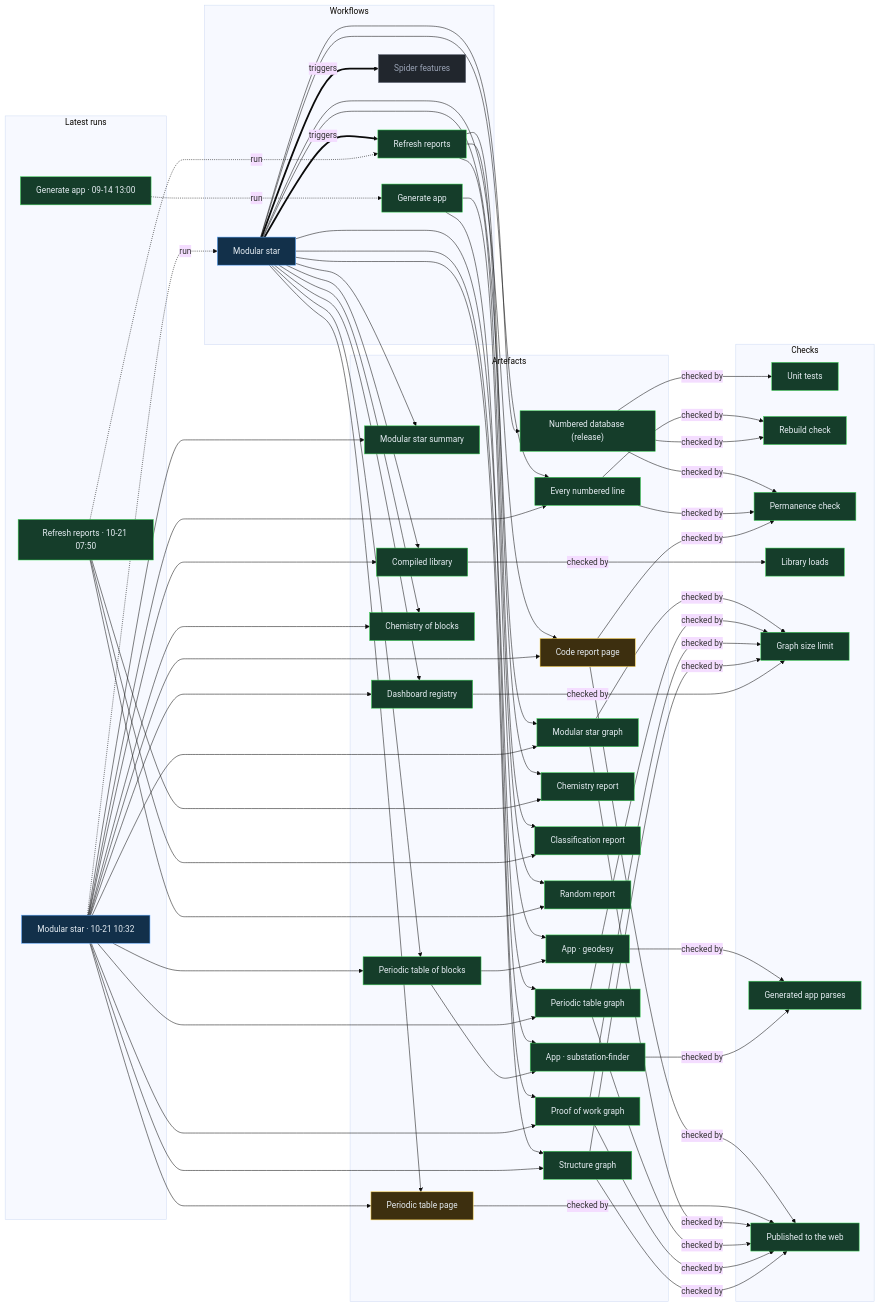
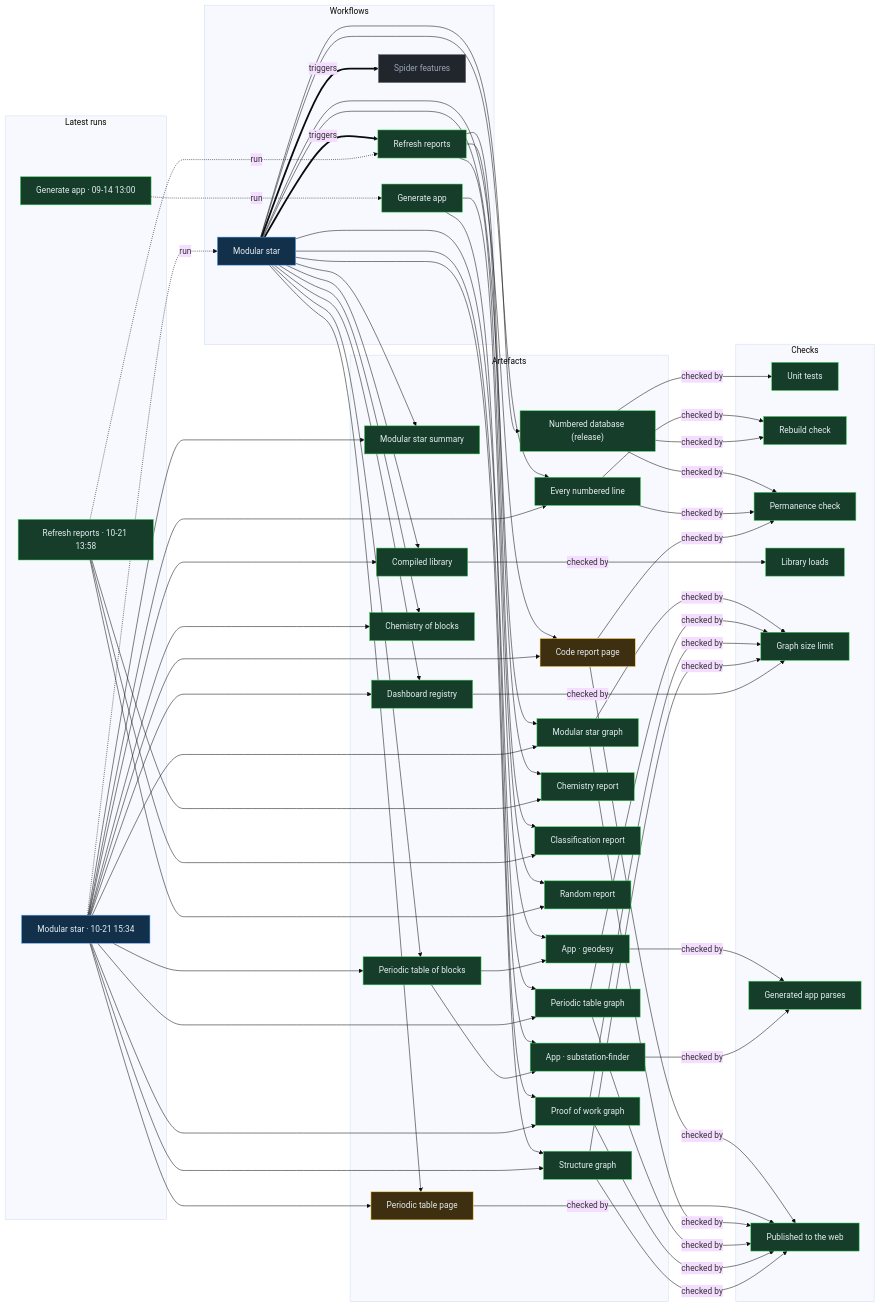
Before and after one commit to Ventusltd/stars: the diagram in proof/PROOF.md, drawn with Mermaid (base theme). The commit also changed other lines of this file and 44 other files, not shown here.

Commit message:
Modular star 2026-10-21T15:37Z

```diff
--- a/proof/PROOF.md
+++ b/proof/PROOF.md
@@ -24,8 +24,8 @@
   n_wf_spider_features["Spider features"]:::off
   end
   subgraph g_runs["Latest runs"]
-  n_run_39585385093["Modular star · 10-21 10:32"]:::live
-  n_run_39564778506["Refresh reports · 10-21 07:50"]:::ok
+  n_run_39626923223["Modular star · 10-21 15:34"]:::live
+  n_run_39612660847["Refresh reports · 10-21 13:58"]:::ok
   n_run_34846587798["Generate app · 09-14 13:00"]:::ok
   end
   subgraph g_artefacts["Artefacts"]
@@ -59,39 +59,39 @@
   end
   n_wf_modular_star == triggers ==> n_wf_refresh
   n_wf_modular_star == triggers ==> n_wf_spider_features
-  n_run_39585385093 -. run .-> n_wf_modular_star
-  n_run_39564778506 -. run .-> n_wf_refresh
+  n_run_39626923223 -. run .-> n_wf_modular_star
+  n_run_39612660847 -. run .-> n_wf_refresh
   n_run_34846587798 -. run .-> n_wf_generate
   n_wf_modular_star --> n_art_summary
-  n_run_39585385093 --> n_art_summary
+  n_run_39626923223 --> n_art_summary
   n_wf_modular_star --> n_art_lines
-  n_run_39585385093 --> n_art_lines
+  n_run_39626923223 --> n_art_lines
   n_wf_modular_star --> n_art_code
-  n_run_39585385093 --> n_art_code
+  n_run_39626923223 --> n_art_code
   n_wf_modular_star --> n_art_modular_graph
-  n_run_39585385093 --> n_art_modular_graph
+  n_run_39626923223 --> n_art_modular_graph
   n_wf_modular_star --> n_art_blocks
-  n_run_39585385093 --> n_art_blocks
+  n_run_39626923223 --> n_art_blocks
   n_wf_modular_star --> n_art_table
-  n_run_39585385093 --> n_art_table
+  n_run_39626923223 --> n_art_table
   n_wf_modular_star --> n_art_blocks_graph
-  n_run_39585385093 --> n_art_blocks_graph
+  n_run_39626923223 --> n_art_blocks_graph
   n_wf_modular_star --> n_art_reactions
-  n_run_39585385093 --> n_art_reactions
+  n_run_39626923223 --> n_art_reactions
   n_wf_modular_star --> n_art_library
-  n_run_39585385093 --> n_art_library
+  n_run_39626923223 --> n_art_library
   n_wf_modular_star --> n_art_features
-  n_run_39585385093 --> n_art_features
+  n_run_39626923223 --> n_art_features
   n_wf_modular_star --> n_art_proof
-  n_run_39585385093 --> n_art_proof
+  n_run_39626923223 --> n_art_proof
   n_wf_modular_star --> n_art_structure
-  n_run_39585385093 --> n_art_structure
+  n_run_39626923223 --> n_art_structure
   n_wf_refresh --> n_art_chemistry
-  n_run_39564778506 --> n_art_chemistry
+  n_run_39612660847 --> n_art_chemistry
   n_wf_refresh --> n_art_vedic
-  n_run_39564778506 --> n_art_vedic
+  n_run_39612660847 --> n_art_vedic
   n_wf_refresh --> n_art_random
-  n_run_39564778506 --> n_art_random
+  n_run_39612660847 --> n_art_random
   n_wf_modular_star --> n_art_release
   n_wf_generate --> n_app_geodesy
   n_art_blocks --> n_app_geodesy
```
